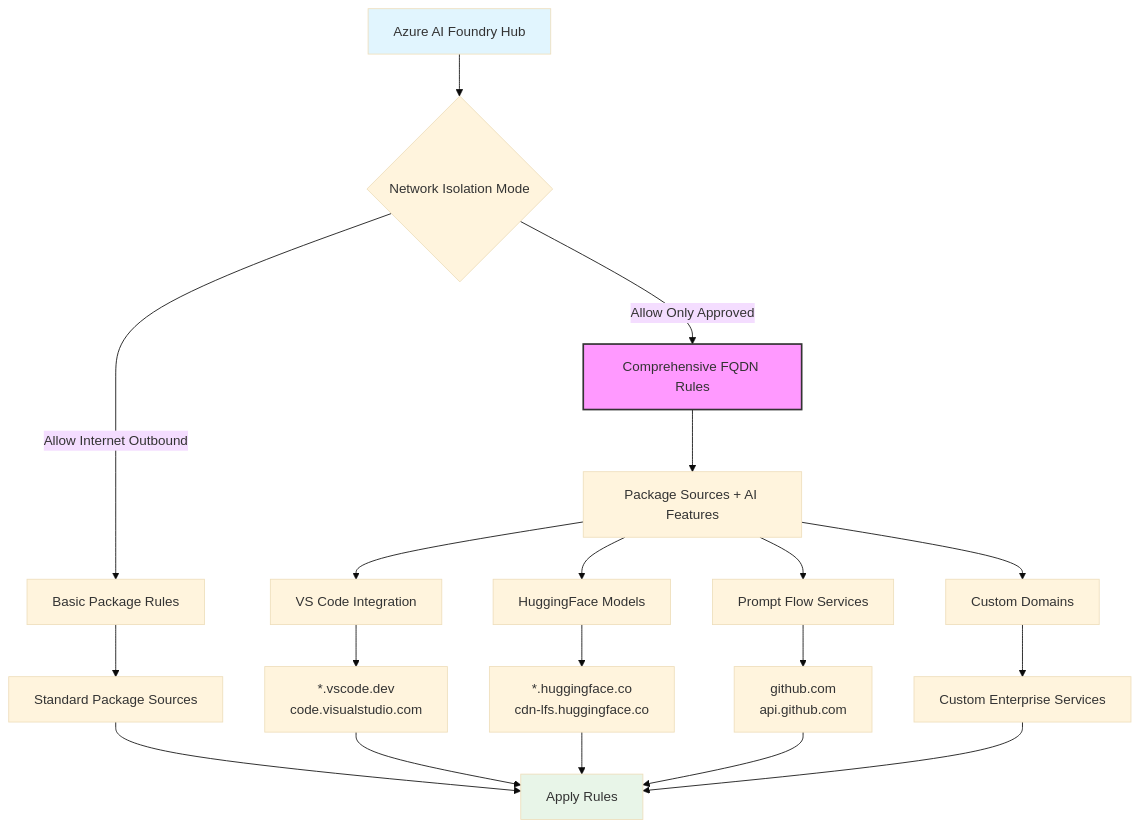
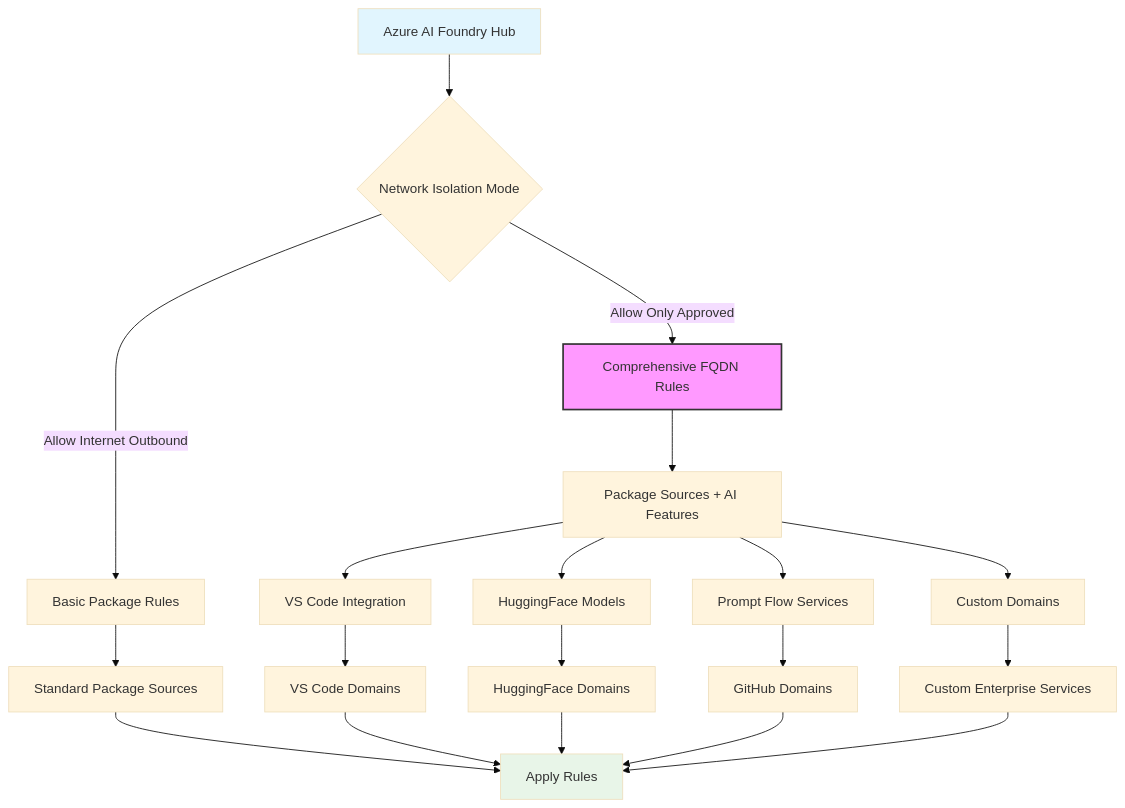
The fourth of 4 diagrams in README.md (enu235/AzureAIAllowList), drawn with Mermaid (base theme) before and after one commit.

Commit message:
Minor Mermaid issue in ReadMe

````diff
--- a/README.md
+++ b/README.md
@@ -390,30 +390,30 @@
 ```mermaid
 graph TD
     A[Azure AI Foundry Hub] --> B{Network Isolation Mode}
     
     B -->|Allow Internet Outbound| C[Basic Package Rules]
     B -->|Allow Only Approved| D[Comprehensive FQDN Rules]
     
     C --> E[Standard Package Sources]
     D --> F[Package Sources + AI Features]
     
     F --> G[VS Code Integration]
     F --> H[HuggingFace Models]
     F --> I[Prompt Flow Services]
     F --> J[Custom Domains]
     
-    G --> K[*.vscode.dev<br/>code.visualstudio.com]
-    H --> L[*.huggingface.co<br/>cdn-lfs.huggingface.co]
-    I --> M[github.com<br/>api.github.com]
+    G --> K[VS Code Domains]
+    H --> L[HuggingFace Domains]
+    I --> M[GitHub Domains]
     J --> N[Custom Enterprise Services]
     
     E --> O[Apply Rules]
     K --> O
     L --> O
     M --> O
     N --> O
     
     style A fill:#e1f5fe
     style D fill:#f9f,stroke:#333,stroke-width:2px
     style O fill:#e8f5e8
 ```
````
